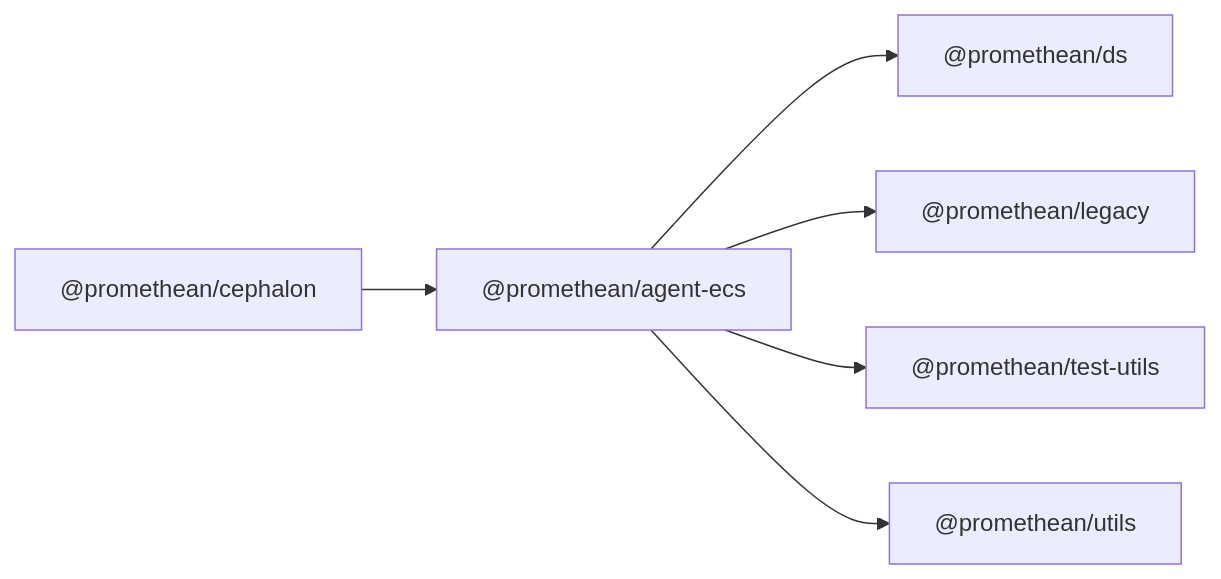
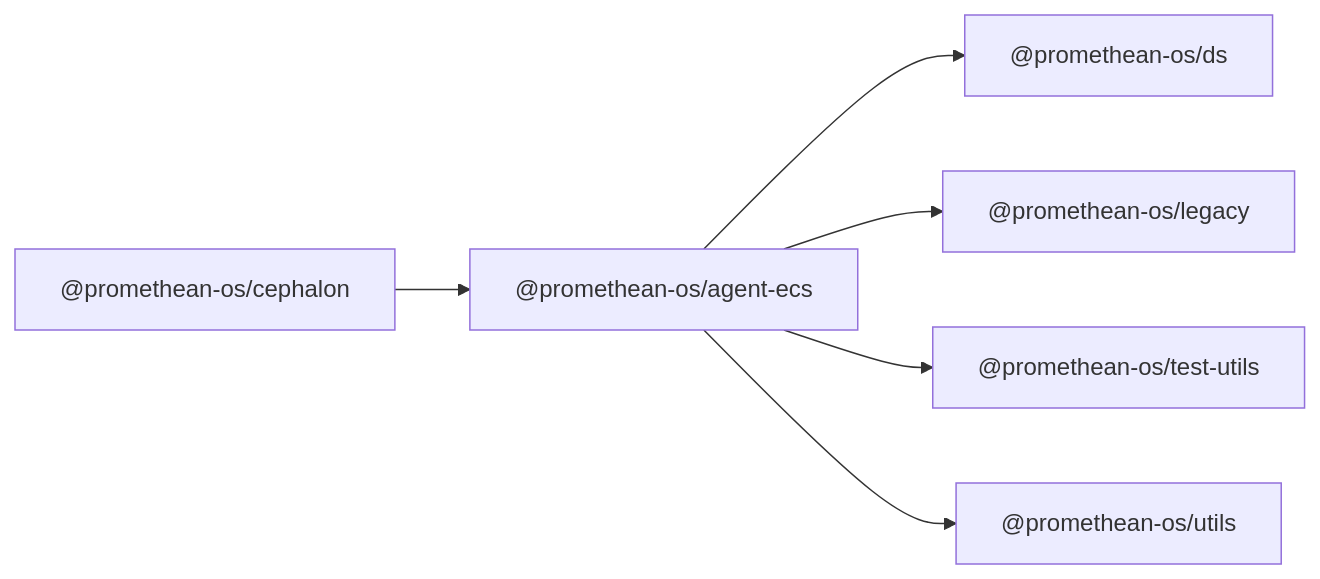
One commit to octave-commons/promethean changed the diagram in docs/packages/agent-ecs/README.md. Above: the diagram before and after it, drawn with Mermaid. The commit also changed other lines of this file and 1753 other files, not shown here.

````diff
--- a/docs/packages/agent-ecs/README.md
+++ b/docs/packages/agent-ecs/README.md
@@ -14,19 +14,19 @@
 ```mermaid
 graph LR
-  A["@promethean/agent-ecs"]
-  D1["@promethean/ds"]
-  D2["@promethean/legacy"]
-  D3["@promethean/test-utils"]
-  D4["@promethean/utils"]
-  R1["@promethean/cephalon"]
-  A --> D1["@promethean/ds"]
-  A --> D2["@promethean/legacy"]
-  A --> D3["@promethean/test-utils"]
-  A --> D4["@promethean/utils"]
-  R1["@promethean/cephalon"] --> A
-  click D1 "../ds/README.md" "@promethean/ds"
-  click D2 "../legacy/README.md" "@promethean/legacy"
-  click D3 "../test-utils/README.md" "@promethean/test-utils"
-  click D4 "../utils/README.md" "@promethean/utils"
-  click R1 "../cephalon/README.md" "@promethean/cephalon"
+  A["@promethean-os/agent-ecs"]
+  D1["@promethean-os/ds"]
+  D2["@promethean-os/legacy"]
+  D3["@promethean-os/test-utils"]
+  D4["@promethean-os/utils"]
+  R1["@promethean-os/cephalon"]
+  A --> D1["@promethean-os/ds"]
+  A --> D2["@promethean-os/legacy"]
+  A --> D3["@promethean-os/test-utils"]
+  A --> D4["@promethean-os/utils"]
+  R1["@promethean-os/cephalon"] --> A
+  click D1 "../ds/README.md" "@promethean-os/ds"
+  click D2 "../legacy/README.md" "@promethean-os/legacy"
+  click D3 "../test-utils/README.md" "@promethean-os/test-utils"
+  click D4 "../utils/README.md" "@promethean-os/utils"
+  click R1 "../cephalon/README.md" "@promethean-os/cephalon"
 ```
````
